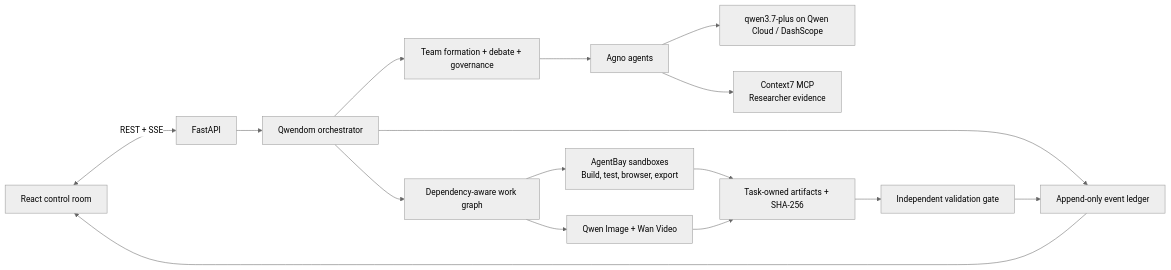
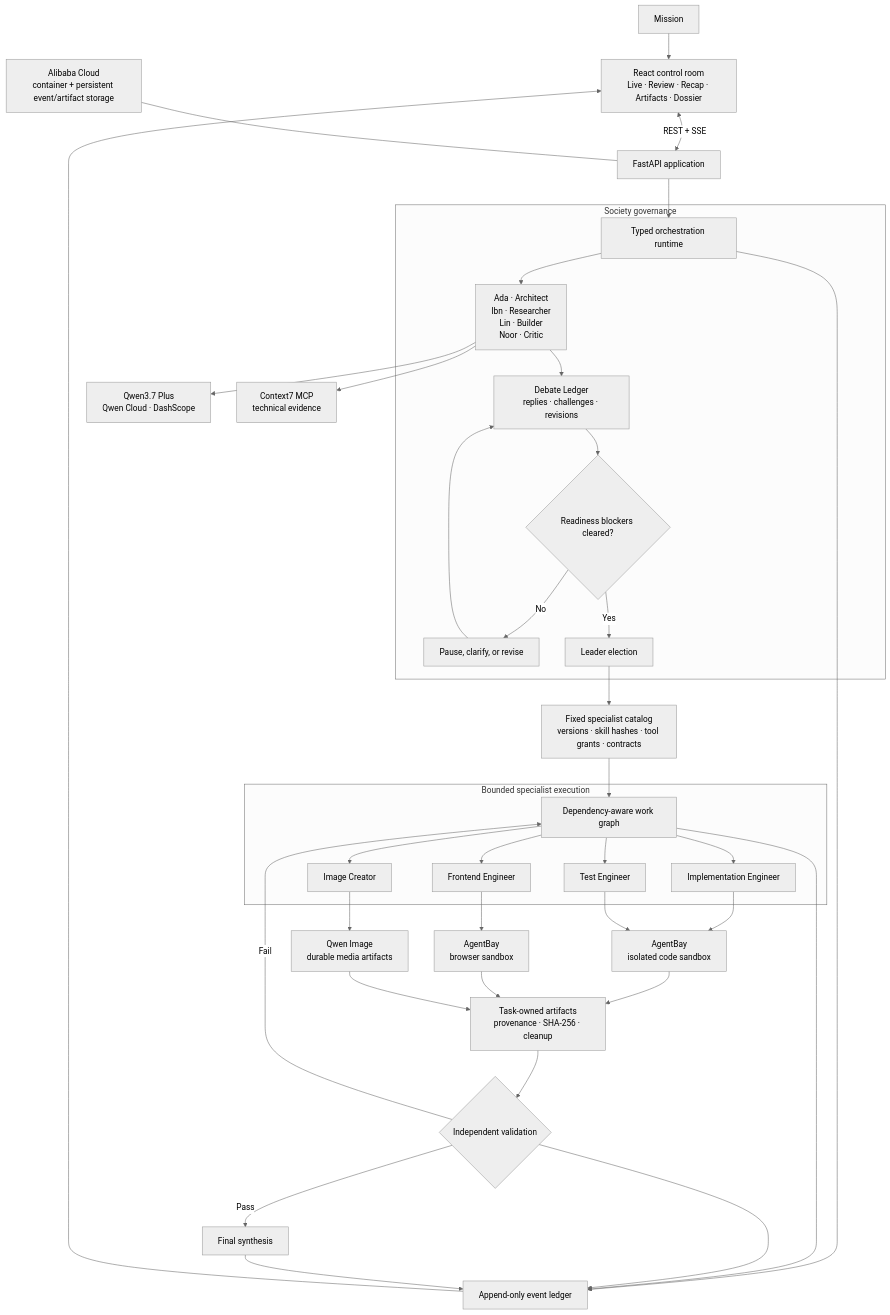
The diagram in README.md (yamedoff/qwendom), drawn with Mermaid (neutral theme) before and after one commit. The commit also changed other lines of this file and 9 other files, not shown here.

Commit message:
Rework Qwendom documentation and architecture

````diff
--- a/README.md
+++ b/README.md
@@ -19,18 +21,47 @@
 ```mermaid
-flowchart LR
-  UI["React control room"] <-->|"REST + SSE"| API["FastAPI"]
-  API --> ORCH["Qwendom orchestrator"]
-  ORCH --> GOV["Team formation + debate + governance"]
-  GOV --> AGNO["Agno agents"]
-  AGNO --> QWEN["qwen3.7-plus on Qwen Cloud / DashScope"]
-  AGNO --> MCP["Context7 MCP\nResearcher evidence"]
-  ORCH --> GRAPH["Dependency-aware work graph"]
-  GRAPH --> BAY["AgentBay sandboxes\nBuild, test, browser, export"]
-  GRAPH --> MEDIA["Qwen Image + Wan Video"]
-  BAY --> ART["Task-owned artifacts + SHA-256"]
+flowchart TB
+  MISSION["Mission"] --> UI["React control room<br/>Live · Review · Recap · Artifacts · Dossier"]
+  UI <-->|"REST + SSE"| API["FastAPI application"]
+
+  subgraph SOCIETY["Society governance"]
+    ORCH["Typed orchestration runtime"] --> CORE["Ada · Architect<br/>Ibn · Researcher<br/>Lin · Builder<br/>Noor · Critic"]
+    CORE --> DEBATE["Debate Ledger<br/>replies · challenges · revisions"]
+    DEBATE --> READY{"Readiness blockers cleared?"}
+    READY -->|"No"| PAUSE["Pause, clarify, or revise"]
+    PAUSE --> DEBATE
+    READY -->|"Yes"| LEADER["Leader election"]
+  end
+
+  API --> ORCH
+  LEADER --> CATALOG["Fixed specialist catalog<br/>versions · skill hashes · tool grants · contracts"]
+  CATALOG --> GRAPH["Dependency-aware work graph"]
+
+  subgraph EMPLOYEES["Bounded specialist execution"]
+    GRAPH --> IMPL["Implementation Engineer"]
+    GRAPH --> FRONT["Frontend Engineer"]
+    GRAPH --> IMAGE["Image Creator"]
+    GRAPH --> TEST["Test Engineer"]
+  end
+
+  CORE --> QWEN["Qwen3.7 Plus<br/>Qwen Cloud · DashScope"]
+  CORE --> C7["Context7 MCP<br/>technical evidence"]
+  IMPL --> BAY["AgentBay<br/>isolated code sandbox"]
+  FRONT --> BAYB["AgentBay<br/>browser sandbox"]
+  TEST --> BAY
+  IMAGE --> MEDIA["Qwen Image<br/>durable media artifacts"]
+
+  BAY --> ART["Task-owned artifacts<br/>provenance · SHA-256 · cleanup"]
+  BAYB --> ART
   MEDIA --> ART
-  ART --> VALIDATE["Independent validation gate"]
+  ART --> GATE{"Independent validation"}
+  GATE -->|"Fail"| GRAPH
+  GATE -->|"Pass"| FINAL["Final synthesis"]
+
   ORCH --> LEDGER["Append-only event ledger"]
-  VALIDATE --> LEDGER
+  GRAPH --> LEDGER
+  GATE --> LEDGER
+  FINAL --> LEDGER
   LEDGER --> UI
+
+  CLOUD["Alibaba Cloud<br/>container + persistent event/artifact storage"] --- API
 ```
````
